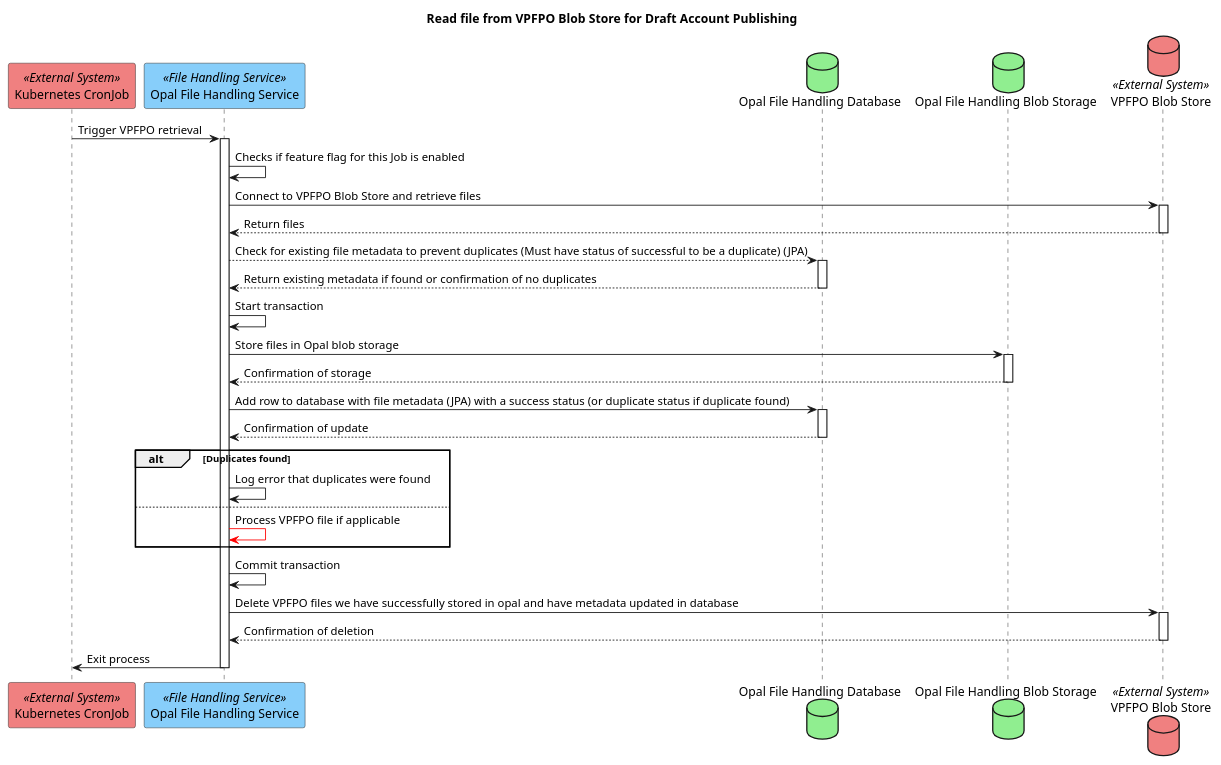
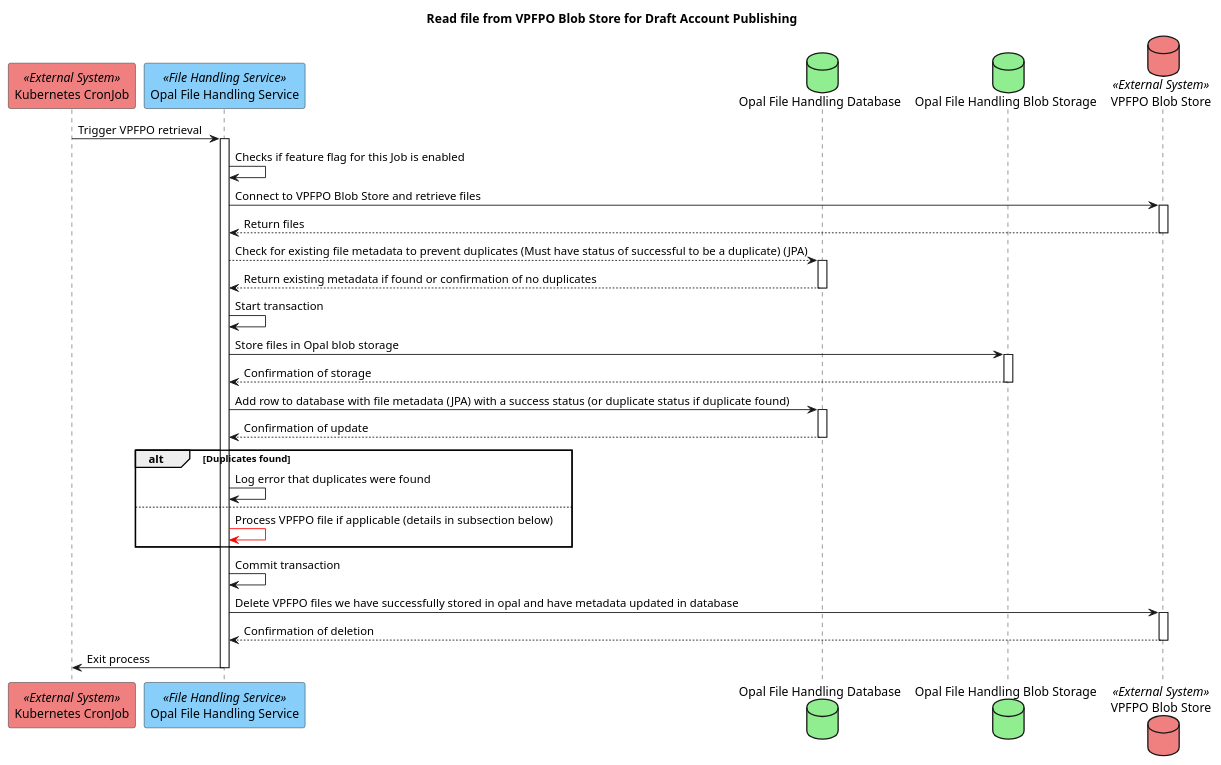
One commit to hmcts/opal-docs changed the diagram in plantUML/external-interfaces/file-handling-from-vpfpo.puml. Above: the diagram before and after it, drawn with PlantUML.

Commit message:
Changing main VPFPO processing E2E diagram to reference subsection so easier for reader to navigate

```diff
--- a/plantUML/external-interfaces/file-handling-from-vpfpo.puml
+++ b/plantUML/external-interfaces/file-handling-from-vpfpo.puml
@@ -1,30 +1,30 @@
 @startuml
 title Read file from VPFPO Blob Store for Draft Account Publishing
 participant "Kubernetes CronJob" as cronjob <<External System>> #LightCoral
 participant "Opal File Handling Service" as fileHandlingService <<File Handling Service>> #LightSkyBlue
 database "Opal File Handling Database" as fileHandlingDb #LightGreen
 database "Opal File Handling Blob Storage" as fileHandlingBlobStorage #LightGreen
 database "VPFPO Blob Store" as vpfpoBlobStore <<External System>> #LightCoral
 
 cronjob -> fileHandlingService ++ : Trigger VPFPO retrieval
 fileHandlingService -> fileHandlingService : Checks if feature flag for this Job is enabled
 fileHandlingService -> vpfpoBlobStore ++ : Connect to VPFPO Blob Store and retrieve files
 vpfpoBlobStore --> fileHandlingService -- : Return files
 fileHandlingService --> fileHandlingDb ++ : Check for existing file metadata to prevent duplicates (Must have status of successful to be a duplicate) (JPA)
 fileHandlingDb --> fileHandlingService -- : Return existing metadata if found or confirmation of no duplicates
 fileHandlingService -> fileHandlingService : Start transaction
 fileHandlingService -> fileHandlingBlobStorage ++ : Store files in Opal blob storage
 fileHandlingBlobStorage --> fileHandlingService -- : Confirmation of storage
 fileHandlingService -> fileHandlingDb ++ : Add row to database with file metadata (JPA) with a success status (or duplicate status if duplicate found)
 fileHandlingDb --> fileHandlingService -- : Confirmation of update
 alt Duplicates found
     fileHandlingService -> fileHandlingService : Log error that duplicates were found
 else
-    fileHandlingService -[#red]> fileHandlingService: Process VPFPO file if applicable
+    fileHandlingService -[#red]> fileHandlingService: Process VPFPO file if applicable (details in subsection below)
 end
 
 fileHandlingService -> fileHandlingService : Commit transaction
 fileHandlingService -> vpfpoBlobStore ++ : Delete VPFPO files we have successfully stored in opal and have metadata updated in database
 vpfpoBlobStore --> fileHandlingService -- : Confirmation of deletion
 fileHandlingService -> cronjob -- : Exit process
 @enduml
```
